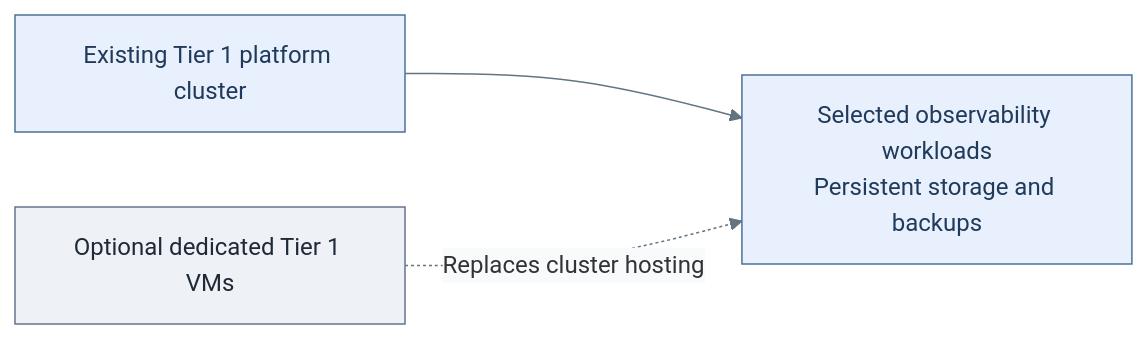
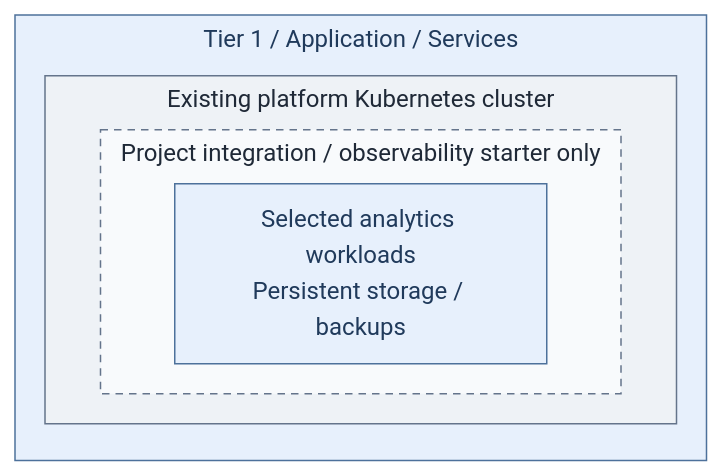
The first of 3 diagrams in docs/deployment/stage-5-delivery/analytics.md (Rexus/homelab), drawn with Mermaid before and after one commit. The commit also changed other lines of this file and 60 other files, not shown here.

Commit message:
docs(diagrams): align architecture and deployment views with IaC

````diff
--- a/docs/deployment/stage-5-delivery/analytics.md
+++ b/docs/deployment/stage-5-delivery/analytics.md
@@ -20,11 +20,18 @@
 ```mermaid
-%%{init: {"theme":"base","themeVariables":{"lineColor":"#627581","edgeLabelBackground":"#f8fafc"}}}%%
+%%{init: {"theme":"base","flowchart":{"nodeSpacing":20,"rankSpacing":24,"padding":12,"subGraphTitleMargin":{"top":4,"bottom":12}},"themeVariables":{"lineColor":"#627581","edgeLabelBackground":"#f8fafc"}}}%%
 flowchart LR
-  Runtime["Existing Tier 1 platform cluster"] --> New["Selected observability workloads<br/>Persistent storage and backups"]
-  Alternative["Optional dedicated Tier 1 VMs"] -. Replaces cluster hosting .-> New
+  subgraph T1["Tier 1 / Application / Services"]
+    subgraph Runtime["Existing platform Kubernetes cluster"]
+      subgraph Project["Project integration / observability starter only"]
+        New["Selected analytics workloads<br/>Persistent storage / backups"]
+      end
+    end
+  end
   classDef default fill:#f8fafc,stroke:#64748b,color:#1f2937
   classDef services fill:#e7f0fc,stroke:#4d719b,color:#203a5b
   classDef boundary fill:#eef2f6,stroke:#64748b,color:#1f2937
-  class Runtime,New services
-  class Alternative boundary
+  classDef replicas fill:#f8fafc,stroke:#64748b,color:#1f2937,stroke-dasharray:5 4
+  class T1,New services
+  class Runtime boundary
+  class Project replicas
 ```
````
